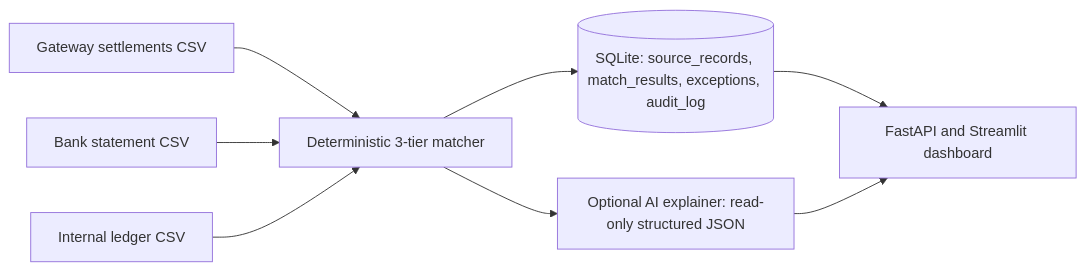
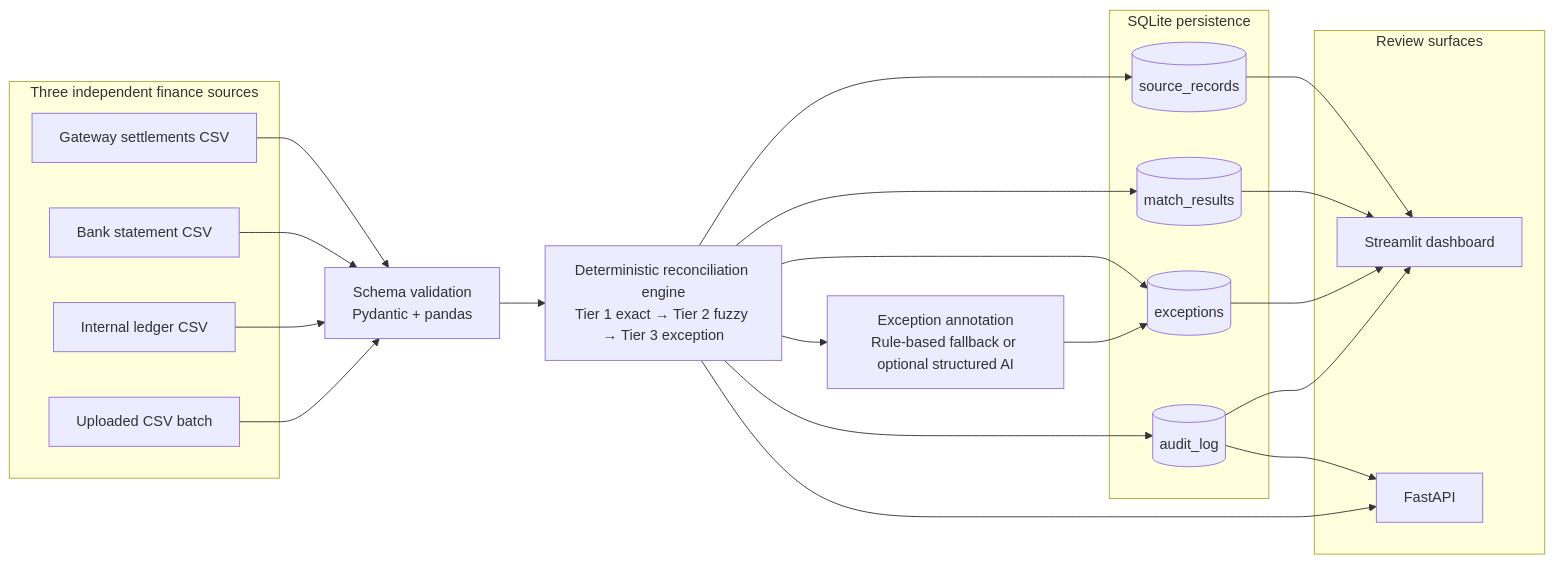
One commit to Neha-0019/Reconcio changed the first of 3 diagrams in README.md. Above: the diagram before and after it, drawn with Mermaid. The commit also changed other lines of this file and 16 other files, not shown here.

````diff
--- a/README.md
+++ b/README.md
@@ -7,10 +37,43 @@
 ```mermaid
 flowchart LR
-  G[Gateway settlements CSV] --> M[Deterministic 3-tier matcher]
-  B[Bank statement CSV] --> M
-  L[Internal ledger CSV] --> M
-  M --> D[(SQLite: source_records, match_results, exceptions, audit_log)]
-  M --> E[Optional AI explainer: read-only structured JSON]
-  D --> U[FastAPI and Streamlit dashboard]
-  E --> U
+    subgraph Inputs[Three independent finance sources]
+        G[Gateway settlements CSV]
+        B[Bank statement CSV]
+        L[Internal ledger CSV]
+        U[Uploaded CSV batch]
+    end
+
+    V[Schema validation\nPydantic + pandas]
+    M[Deterministic reconciliation engine\nTier 1 exact → Tier 2 fuzzy → Tier 3 exception]
+    X[Exception annotation\nRule-based fallback or optional structured AI]
+
+    subgraph Store[SQLite persistence]
+        SR[(source_records)]
+        MR[(match_results)]
+        EX[(exceptions)]
+        AL[(audit_log)]
+    end
+
+    subgraph Surfaces[Review surfaces]
+        D[Streamlit dashboard]
+        A[FastAPI]
+    end
+
+    G --> V
+    B --> V
+    L --> V
+    U --> V
+    V --> M
+    M --> SR
+    M --> MR
+    M --> EX
+    M --> X
+    X --> EX
+    M --> AL
+    SR --> D
+    MR --> D
+    EX --> D
+    AL --> D
+    M --> A
+    AL --> A
 ```
````
